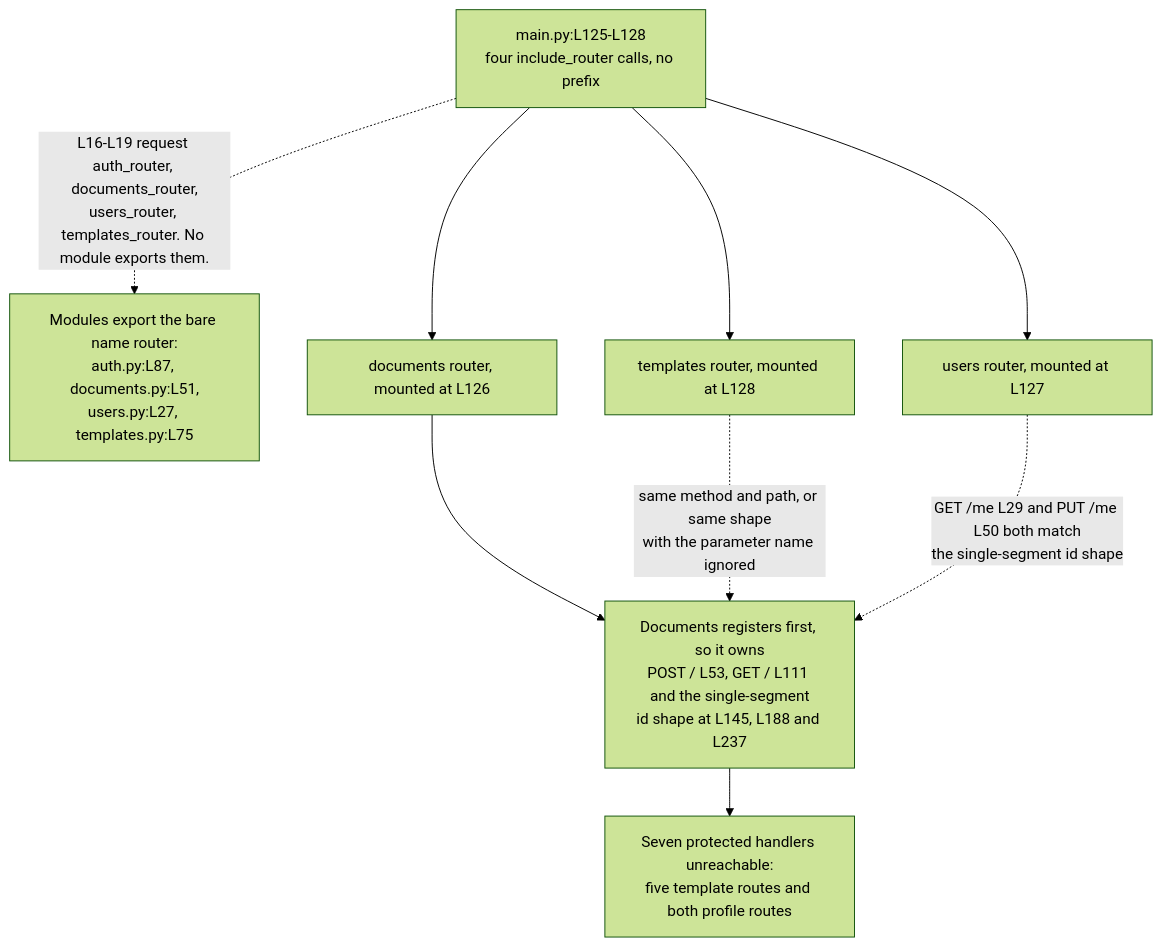
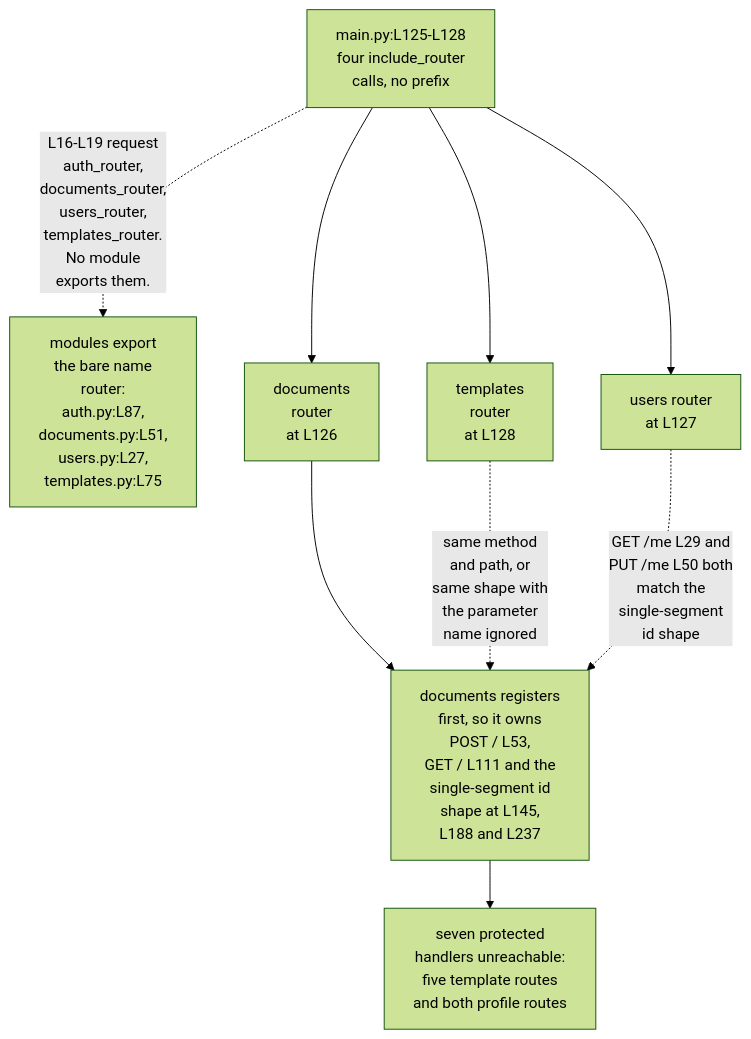
The second of 2 diagrams in backend/app/api/README.md (blitzy-public-samples/microsoft-word-u33ko0), drawn with Mermaid (forest theme) before and after one commit. The commit also changed other lines of this file and 20 other files, not shown here.

First line of the commit message:
﻿docs: resolve QA findings on Mermaid legibility, label integrity and accessibility

````diff
--- a/backend/app/api/README.md
+++ b/backend/app/api/README.md
@@ -184,17 +186,19 @@
 ```mermaid
 graph TD
-    MAIN["main.py:L125-L128<br/>four include_router calls, no prefix"]
-    NAMES["Modules export the bare name router:<br/>auth.py:L87, documents.py:L51,<br/>users.py:L27, templates.py:L75"]
+    accTitle: Why the documents router owns every colliding path
+    accDescr: main.py mounts all four routers with no prefix, so identical paths collide. The documents router registers first and owns the shared shapes, leaving seven protected handlers unreachable.
+    MAIN["main.py:L125-L128<br/>four include_router<br/>calls, no prefix"]
+    NAMES["modules export<br/>the bare name<br/>router:<br/>auth.py:L87,<br/>documents.py:L51,<br/>users.py:L27,<br/>templates.py:L75"]
 
-    MAIN -.->|"L16-L19 request auth_router, documents_router,<br/>users_router, templates_router. No module exports them."| NAMES
+    MAIN -.->|"L16-L19 request<br/>auth_router,<br/>documents_router,<br/>users_router,<br/>templates_router.<br/>No module<br/>exports them."| NAMES
 
-    MAIN --> D["documents router, mounted at L126"]
-    MAIN --> U["users router, mounted at L127"]
-    MAIN --> T["templates router, mounted at L128"]
+    MAIN --> D["documents<br/>router<br/>at L126"]
+    MAIN --> U["users router<br/>at L127"]
+    MAIN --> T["templates<br/>router<br/>at L128"]
 
-    D --> WIN["Documents registers first, so it owns<br/>POST / L53, GET / L111 and the single-segment<br/>id shape at L145, L188 and L237"]
-    T -.->|"same method and path, or same shape<br/>with the parameter name ignored"| WIN
-    U -.->|"GET /me L29 and PUT /me L50 both match<br/>the single-segment id shape"| WIN
+    D --> WIN["documents registers<br/>first, so it owns<br/>POST / L53,<br/>GET / L111 and the<br/>single-segment id<br/>shape at L145,<br/>L188 and L237"]
+    T -.->|"same method<br/>and path, or<br/>same shape with<br/>the parameter<br/>name ignored"| WIN
+    U -.->|"GET /me L29 and<br/>PUT /me L50 both<br/>match the<br/>single-segment<br/>id shape"| WIN
 
-    WIN --> OUT["Seven protected handlers unreachable:<br/>five template routes and both profile routes"]
+    WIN --> OUT["seven protected<br/>handlers unreachable:<br/>five template routes<br/>and both profile routes"]
 ```
````
